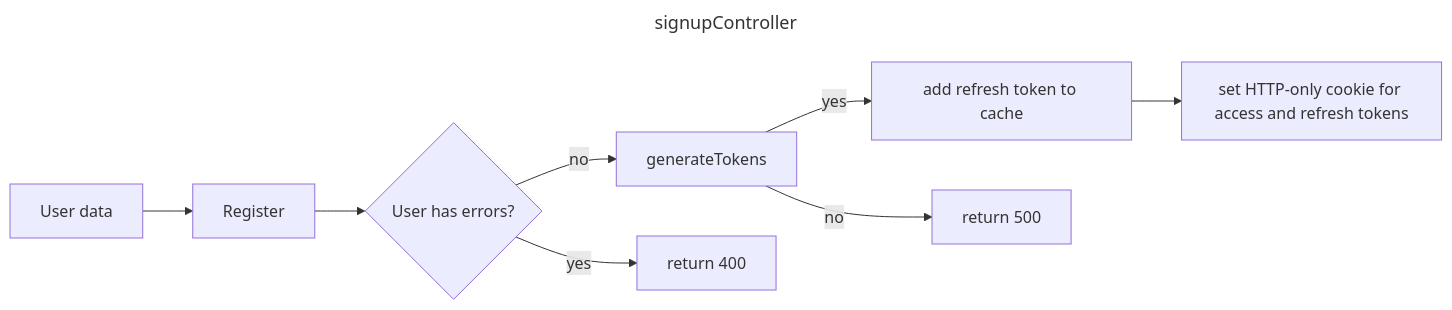
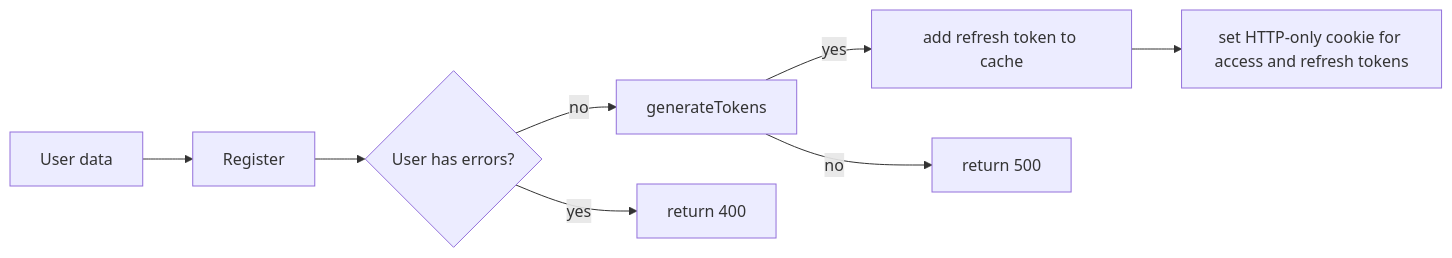
Before and after one commit to CDLUC3/dmsp_backend_prototype: the first of 5 diagrams in README.md, drawn with Mermaid. The commit also changed other lines of this file and 1 other file, not shown here.

````diff
--- a/README.md
+++ b/README.md
@@ -30,14 +62,10 @@
 ```mermaid
----
-title: signupController
----
-
 flowchart LR;
   a[User data]-->b[Register];
   b-->c{User has errors?};
   c-->|no| d[generateTokens]
   c-->|yes| e[return 400]
   d-->|yes| f[add refresh token to cache]
   f-->g[set HTTP-only cookie for access and refresh tokens]
   d-->|no| h[return 500]
 ```
````
